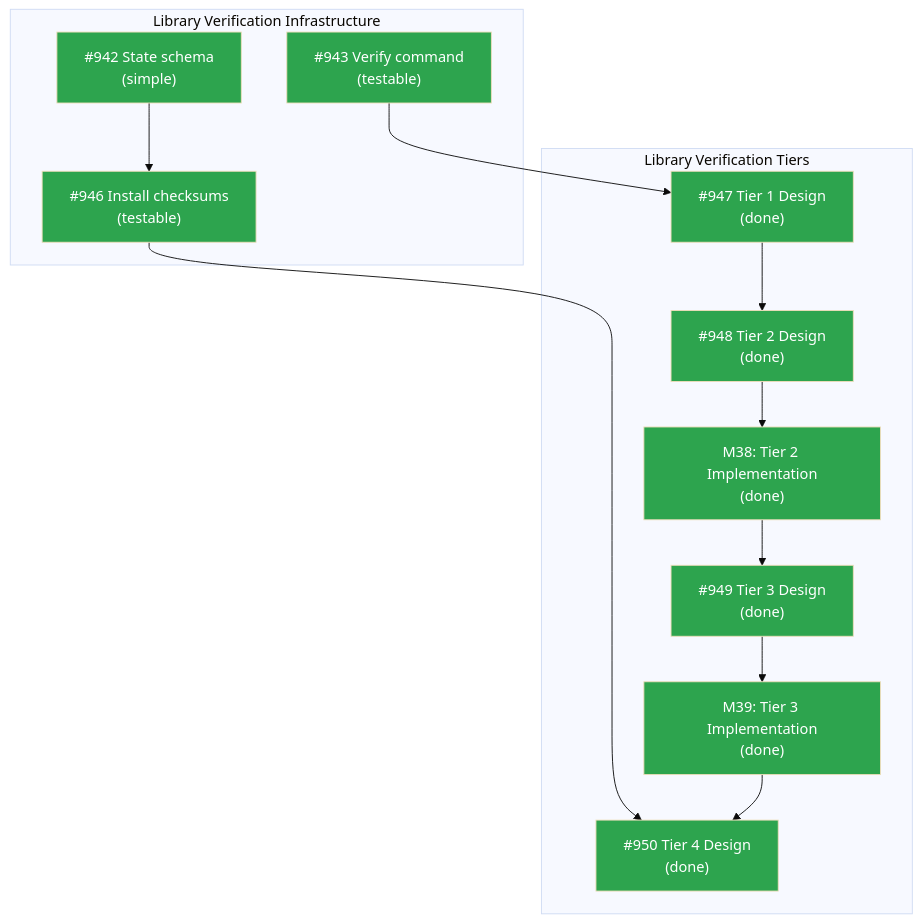
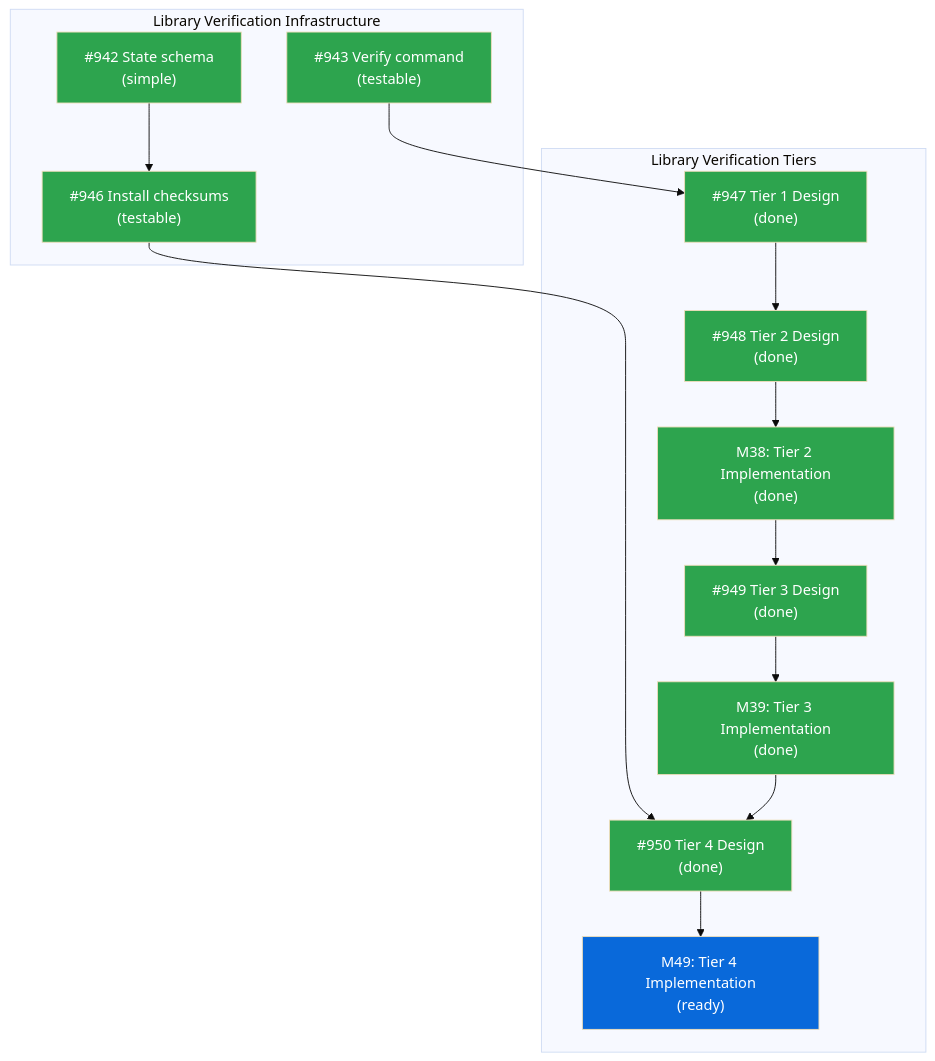
One commit to tsukumogami/tsuku changed the diagram in docs/designs/DESIGN-library-verification.md. Above: the diagram before and after it, drawn with Mermaid (base theme). The commit also changed other lines of this file, not shown here.

Commit message:
docs: add M49 placeholder for Tier 4 implementation
Add milestone row and Mermaid node for the upcoming Tier 4 integrity
verification implementation milestone. Marked as "ready" since the
design (#950) is now complete.

````diff
--- a/docs/designs/DESIGN-library-verification.md
+++ b/docs/designs/DESIGN-library-verification.md
@@ -28,31 +29,33 @@
 ```mermaid
 graph TD
     subgraph Infrastructure["Library Verification Infrastructure"]
         I942["#942 State schema<br/>(simple)"]:::done
         I943["#943 Verify command<br/>(testable)"]:::done
         I946["#946 Install checksums<br/>(testable)"]:::done
     end
 
     subgraph Tiers["Library Verification Tiers"]
         I947["#947 Tier 1 Design<br/>(done)"]:::done
         I948["#948 Tier 2 Design<br/>(done)"]:::done
         M38["M38: Tier 2 Implementation<br/>(done)"]:::done
         I949["#949 Tier 3 Design<br/>(done)"]:::done
         M39["M39: Tier 3 Implementation<br/>(done)"]:::done
         I950["#950 Tier 4 Design<br/>(done)"]:::done
+        M49["M49: Tier 4 Implementation<br/>(ready)"]:::ready
     end
 
     I942 --> I946
     I943 --> I947
     I947 --> I948
     I948 --> M38
     M38 --> I949
     I949 --> M39
     I946 --> I950
     M39 --> I950
+    I950 --> M49
 
     classDef done fill:#2da44e,color:white
     classDef ready fill:#0969da,color:white
     classDef blocked fill:#d4a72c,color:white
     classDef needsdesign fill:#8250df,color:white
 ```
````
